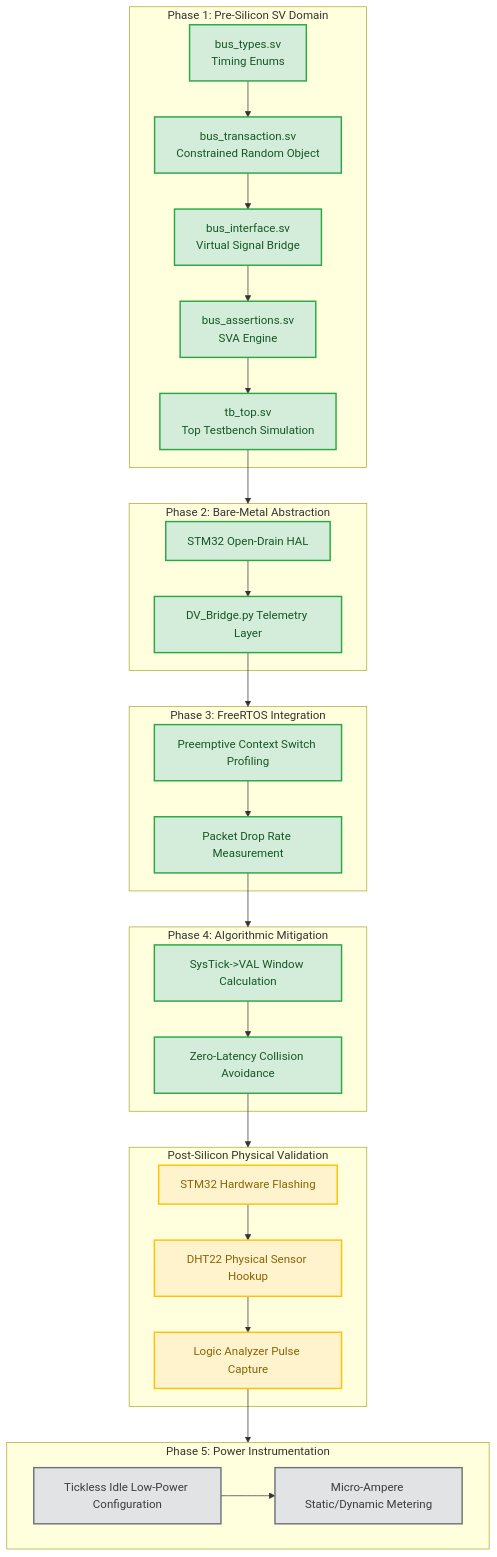
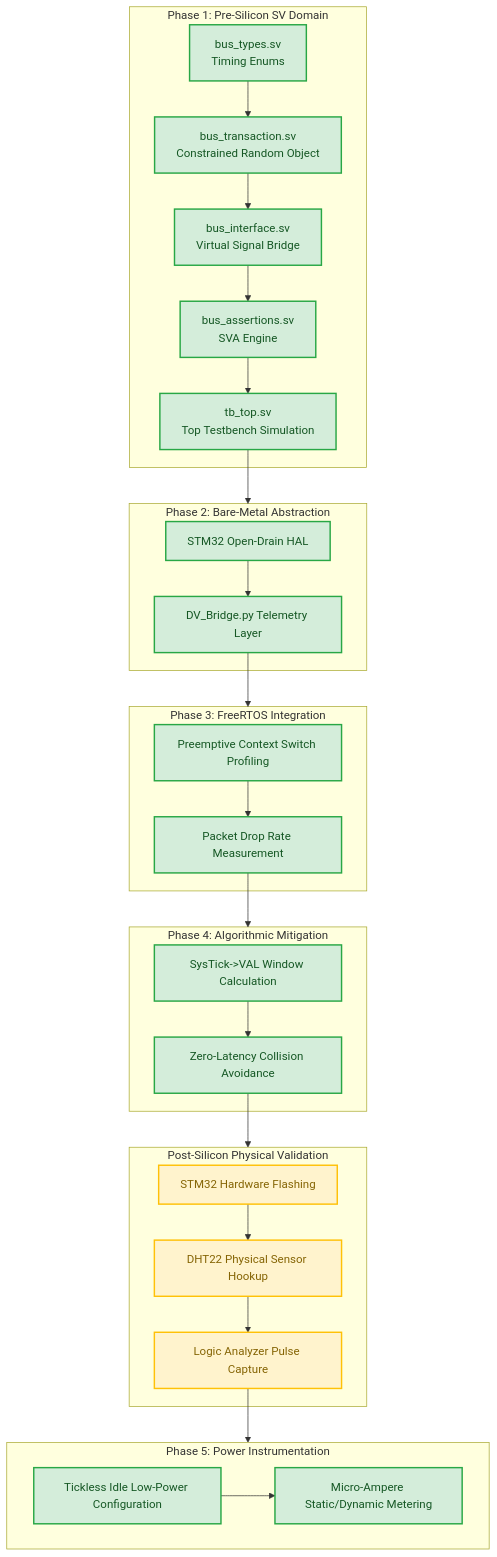
Before and after one commit to ShaneT2010/rtos-safe-bus-scheduler: the diagram in DEVELOPMENT_LOG.md, drawn with Mermaid. The commit also changed other lines of this file, not shown here.

````diff
--- a/DEVELOPMENT_LOG.md
+++ b/DEVELOPMENT_LOG.md
@@ -10,51 +10,50 @@
 ```mermaid
 graph TD
     %% Styling Classes Definitions
     classDef completed fill:#d4edda,stroke:#28a745,stroke-width:2px,color:#155724;
     classDef active fill:#fff3cd,stroke:#ffc107,stroke-width:2px,color:#856404;
     classDef pending fill:#e2e3e5,stroke:#6c757d,stroke-width:2px,color:#383d41;
 
     %% Phase 1 Blocks
     subgraph P1 [Phase 1: Pre-Silicon SV Domain]
         A[bus_types.sv<br>Timing Enums] --> B[bus_transaction.sv<br>Constrained Random Object]
         B --> C[bus_interface.sv<br>Virtual Signal Bridge]
         C --> D[bus_assertions.sv<br>SVA Engine]
         D --> E[tb_top.sv<br>Top Testbench Simulation]
     end
 
     %% Phase 2 & 3 Blocks
     subgraph P2 [Phase 2: Bare-Metal Abstraction]
         F[STM32 Open-Drain HAL] --> G[DV_Bridge.py Telemetry Layer]
     end
 
     subgraph P3 [Phase 3: FreeRTOS Integration]
         H[Preemptive Context Switch Profiling] --> I[Packet Drop Rate Measurement]
     end
 
     %% Phase 4 & 5 Blocks
     subgraph P4 [Phase 4: Algorithmic Mitigation]
         J[SysTick->VAL Window Calculation] --> K[Zero-Latency Collision Avoidance]
     end
 
     %% Post-Silicon Physical Verification Blocks (Parallel Track)
     subgraph P_HW [Post-Silicon Physical Validation]
         HW1[STM32 Hardware Flashing] --> HW2[DHT22 Physical Sensor Hookup]
         HW2 --> HW3[Logic Analyzer Pulse Capture]
     end
 
     subgraph P5 [Phase 5: Power Instrumentation]
         L[Tickless Idle Low-Power Configuration] --> M[Micro-Ampere Static/Dynamic Metering]
     end
 
     %% System Dependencies Linkage (Optimized Dual-Track Routing)
     E --> P2
     G --> P3
     I --> P4
     K --> P_HW
     HW3 --> P5
 
-    %% Apply Status Classes (Dynamically Updated for Phase 4 Completion)
-    class A,B,C,D,E,F,G,H,I,J,K completed;
+    %% Apply Status Classes (Dynamically Updated for Final Project Completion)
+    class A,B,C,D,E,F,G,H,I,J,K,L,M completed;
     class HW1,HW2,HW3 active;
-    class L,M pending;
 ```
````
